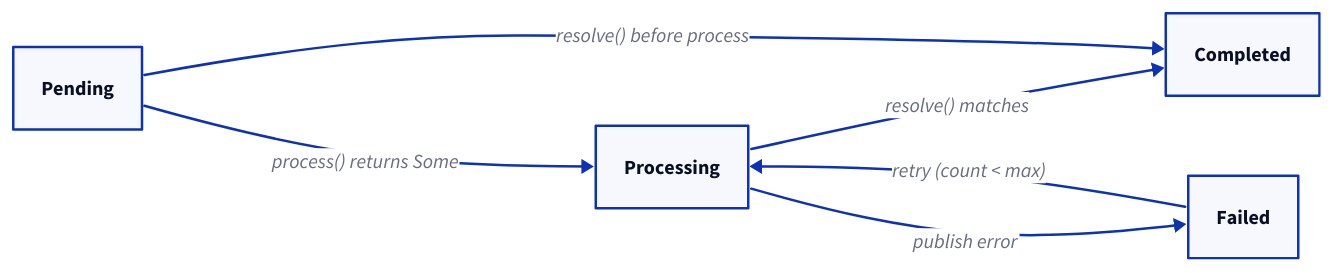
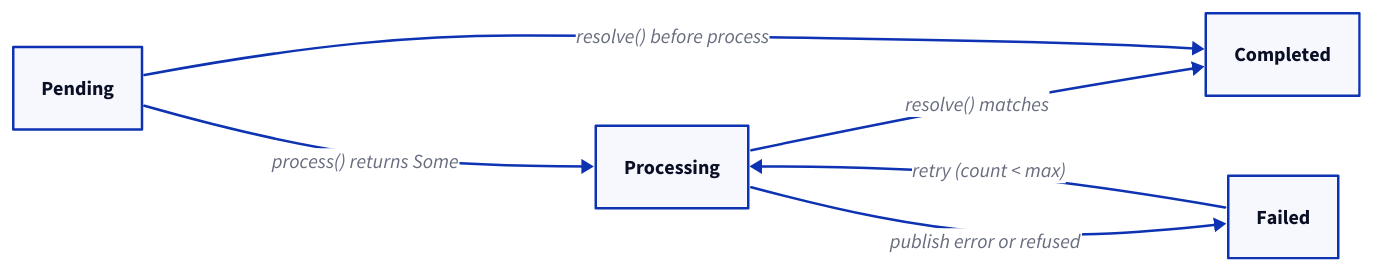
Before and after one commit to ReventlessDev/reventless-core: the third of 4 diagrams in packages/doc/docs-app/components/automationslice.md, drawn with D2. The commit also changed other lines of this file and 58 other files, not shown here.

````diff
--- a/packages/doc/docs-app/components/automationslice.md
+++ b/packages/doc/docs-app/components/automationslice.md
@@ -262,14 +262,14 @@
 ```d2
 direction: right
 
 pending: Pending { class: status-pending }
 processing: Processing { class: status-active }
 completed: Completed { class: status-done }
 failed: Failed { class: status-retry }
 
 pending -> processing: "process() returns Some"
 processing -> completed: "resolve() matches"
-processing -> failed: publish error
+processing -> failed: "publish error or refused"
 failed -> processing: "retry (count < max)"
 pending -> completed: "resolve() before process"
 ```
````
